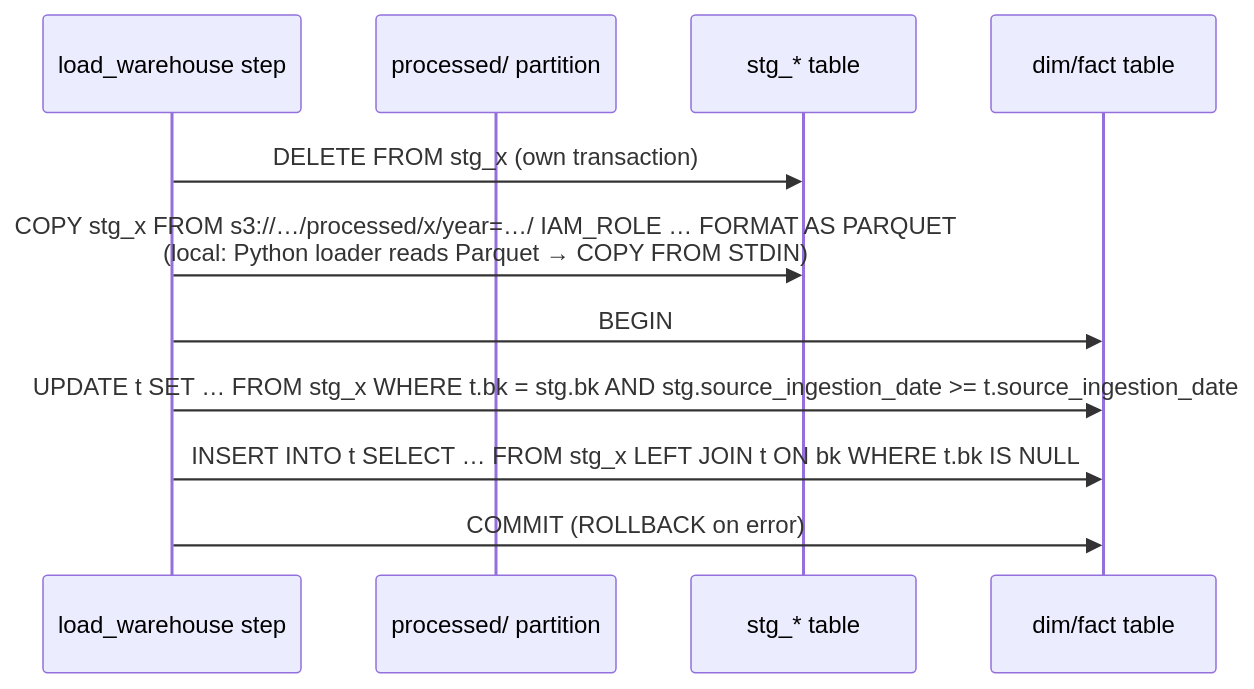
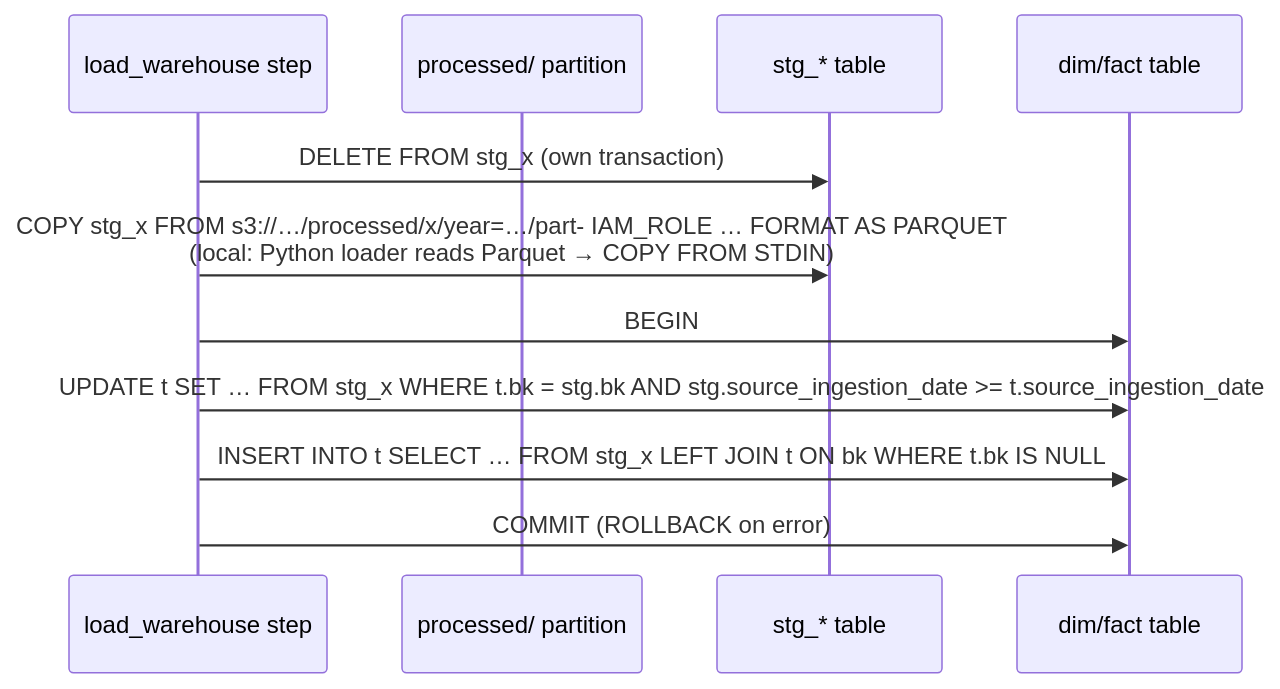
Before and after one commit to manishaj-code/food-delivery-data-platform: the second of 2 diagrams in docs/spec/08-data-warehouse-specification.md, drawn with Mermaid. The commit also changed 9 other files, not shown here.

First line of the commit message:
feat: add processed parquet layer

````diff
--- a/docs/spec/08-data-warehouse-specification.md
+++ b/docs/spec/08-data-warehouse-specification.md
@@ -213,13 +213,13 @@
 ```mermaid
 sequenceDiagram
     participant L as load_warehouse step
     participant S3 as processed/ partition
     participant STG as stg_* table
     participant T as dim/fact table
     L->>STG: DELETE FROM stg_x (own transaction)
-    L->>STG: COPY stg_x FROM s3://…/processed/x/year=…/ IAM_ROLE … FORMAT AS PARQUET<br/>(local: Python loader reads Parquet → COPY FROM STDIN)
+    L->>STG: COPY stg_x FROM s3://…/processed/x/year=…/part- IAM_ROLE … FORMAT AS PARQUET<br/>(local: Python loader reads Parquet → COPY FROM STDIN)
     L->>T: BEGIN
     L->>T: UPDATE t SET … FROM stg_x WHERE t.bk = stg.bk AND stg.source_ingestion_date >= t.source_ingestion_date
     L->>T: INSERT INTO t SELECT … FROM stg_x LEFT JOIN t ON bk WHERE t.bk IS NULL
     L->>T: COMMIT (ROLLBACK on error)
 ```
````
